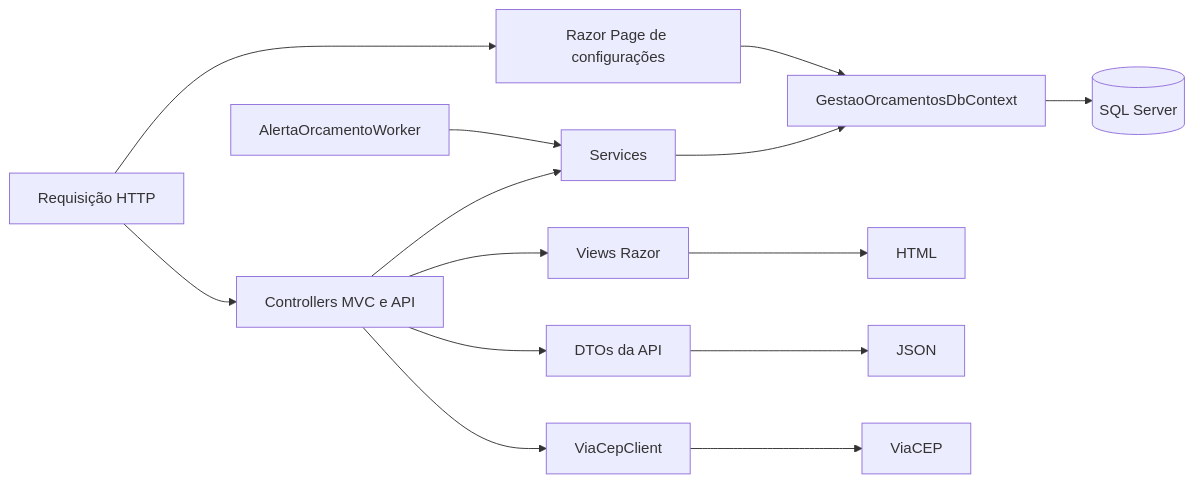
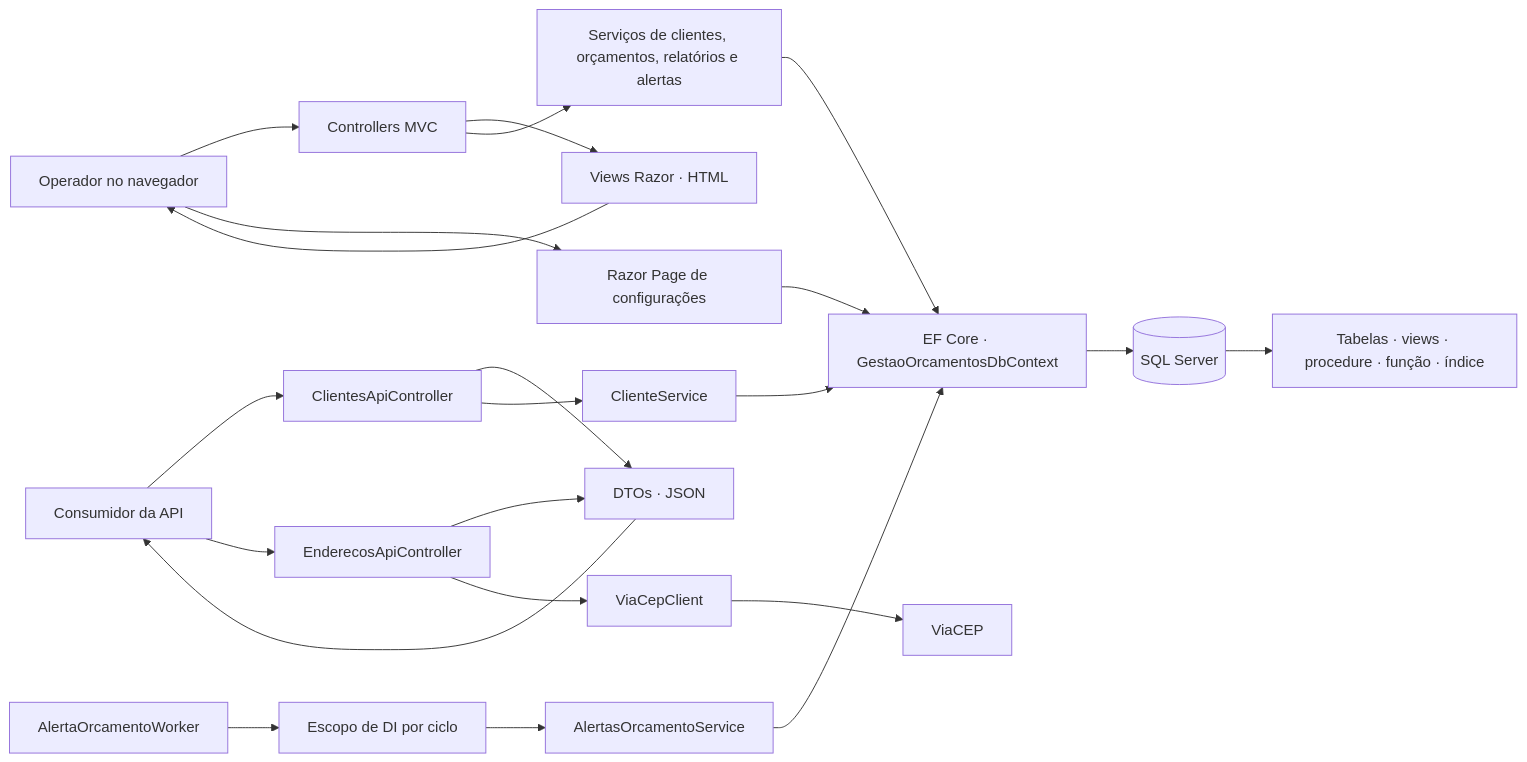
The diagram in README.md (muriloai/gestao-orcamentos-razor-sqlserver), drawn with Mermaid before and after one commit. The commit also changed other lines of this file and 6 other files, not shown here.

````diff
--- a/README.md
+++ b/README.md
@@ -58,16 +79,26 @@
 ```mermaid
 flowchart LR
-    A["Requisição HTTP"] --> B["Controllers MVC e API"]
-    A --> P["Razor Page de configurações"]
-    B --> C["Services"]
-    C --> D["GestaoOrcamentosDbContext"]
-    P --> D
-    D --> E[("SQL Server")]
-    B --> F["Views Razor"]
-    F --> G["HTML"]
-    B --> H["DTOs da API"]
-    H --> I["JSON"]
-    B --> J["ViaCepClient"]
-    J --> K["ViaCEP"]
-    L["AlertaOrcamentoWorker"] --> C
+    operador["Operador no navegador"] --> mvc["Controllers MVC"]
+    mvc --> views["Views Razor · HTML"]
+    views --> operador
+    operador --> configuracoes["Razor Page de configurações"]
+
+    consumidor["Consumidor da API"] --> clientesApi["ClientesApiController"]
+    clientesApi --> resposta["DTOs · JSON"]
+    resposta --> consumidor
+    clientesApi --> clienteService["ClienteService"]
+    consumidor --> enderecosApi["EnderecosApiController"]
+    enderecosApi --> resposta
+    enderecosApi --> viaCepClient["ViaCepClient"]
+    viaCepClient --> viaCep["ViaCEP"]
+
+    mvc --> servicos["Serviços de clientes, orçamentos, relatórios e alertas"]
+    worker["AlertaOrcamentoWorker"] --> escopo["Escopo de DI por ciclo"]
+    escopo --> alertas["AlertasOrcamentoService"]
+    servicos --> dbcontext["EF Core · GestaoOrcamentosDbContext"]
+    clienteService --> dbcontext
+    alertas --> dbcontext
+    configuracoes --> dbcontext
+    dbcontext --> sqlserver[("SQL Server")]
+    sqlserver --> objetos["Tabelas · views · procedure · função · índice"]
 ```
````
